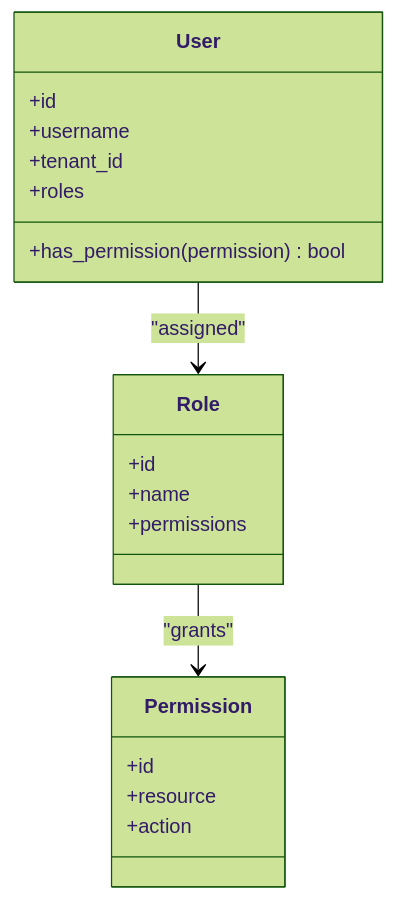
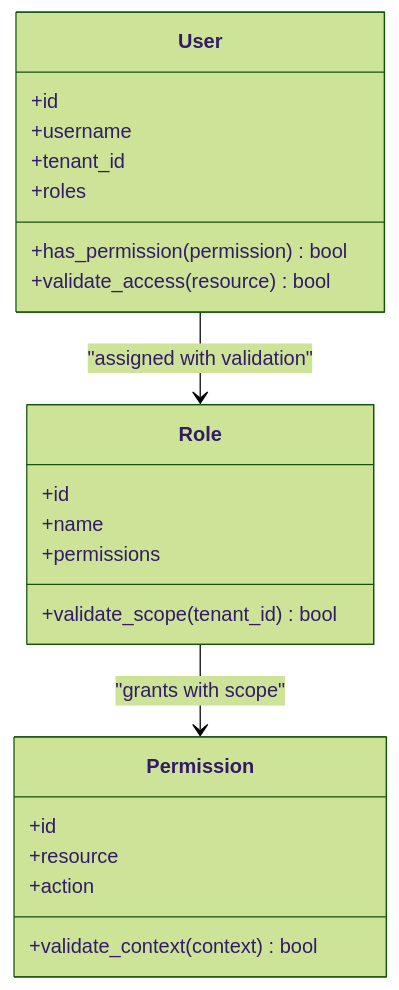
The fourth of 5 diagrams in .qoder/repowiki/en/content/Architecture/Web Application Architecture/Authentication & Authorization.md (zuohaisu/wecom-archive), drawn with Mermaid (forest theme) before and after one commit. The commit also changed other lines of this file and 148 other files, not shown here.

````diff
--- a/.qoder/repowiki/en/content/Architecture/Web Application Architecture/Authentication & Authorization.md
+++ b/.qoder/repowiki/en/content/Architecture/Web Application Architecture/Authentication & Authorization.md
@@ -194,22 +210,25 @@
 ```mermaid
 classDiagram
 class User {
 +id
 +username
 +tenant_id
 +roles
 +has_permission(permission) bool
++validate_access(resource) bool
 }
 class Role {
 +id
 +name
 +permissions
++validate_scope(tenant_id) bool
 }
 class Permission {
 +id
 +resource
 +action
++validate_context(context) bool
 }
-User --> Role : "assigned"
-Role --> Permission : "grants"
+User --> Role : "assigned with validation"
+Role --> Permission : "grants with scope"
 ```
````
